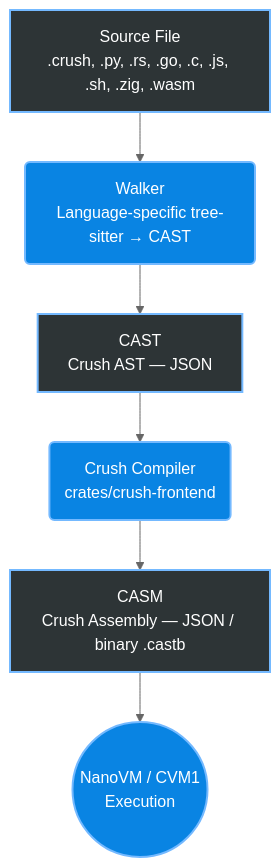
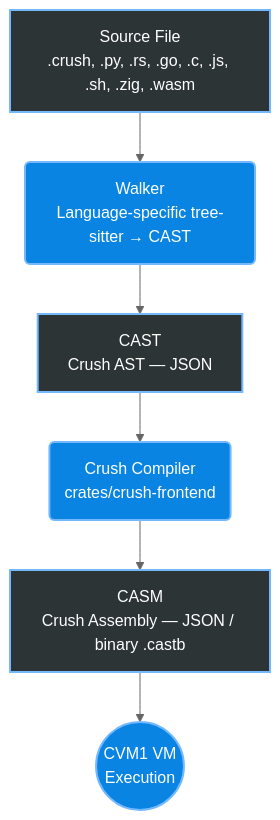
The diagram in README.md (nixpt/crush-ast), drawn with Mermaid (neutral theme) before and after one commit. The commit also changed other lines of this file and 2 other files, not shown here.

````diff
--- a/README.md
+++ b/README.md
@@ -123,15 +149,15 @@
 ```mermaid
 graph TD
     A[Source File<br/>.crush, .py, .rs, .go, .c, .js, .sh, .zig, .wasm] --> B
     B(Walker<br/>Language-specific tree-sitter → CAST) --> C
     C[CAST<br/>Crush AST — JSON] --> D
     D(Crush Compiler<br/>crates/crush-frontend) --> E
     E[CASM<br/>Crush Assembly — JSON / binary .castb] --> F
-    F((NanoVM / CVM1<br/>Execution))
+    F((CVM1 VM<br/>Execution))
     
     classDef file fill:#2d3436,stroke:#74b9ff,stroke-width:2px,color:#fff
     classDef process fill:#0984e3,stroke:#74b9ff,stroke-width:2px,color:#fff
     
     class A,C,E file
     class B,D,F process
 ```
````
